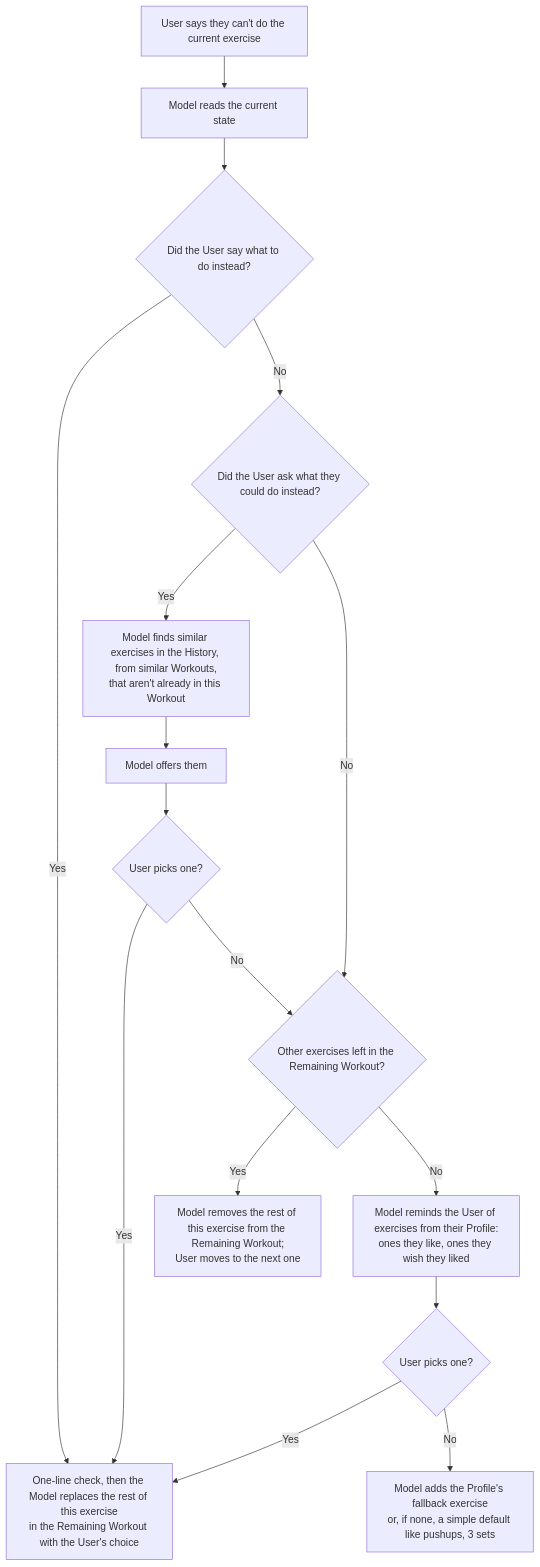
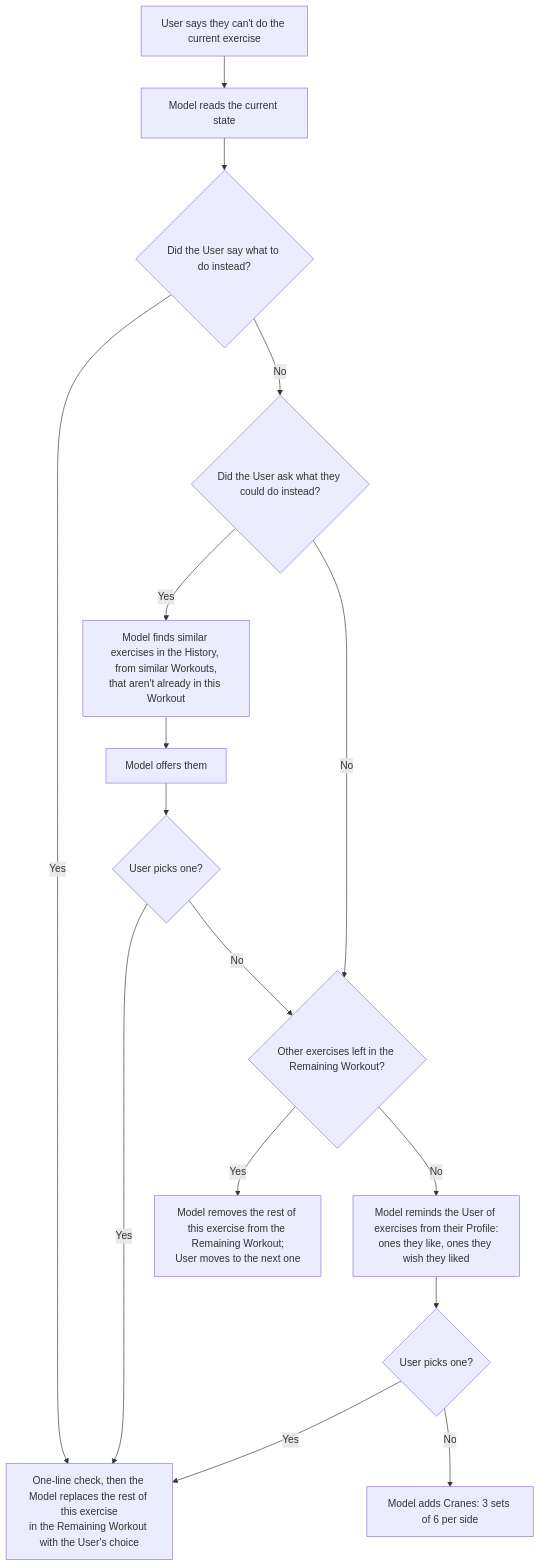
Before and after one commit to CoachThomLamb/wilo_ai: the second of 2 diagrams in wilo/coach.md, drawn with Mermaid.

Commit message:
coach.md: Cranes stay the default fallback for every User (Thom)
Claude-Session: https://claude.ai/code/session_01HYzvGRWcKYM37TxVC11hN8

````diff
--- a/wilo/coach.md
+++ b/wilo/coach.md
@@ -73,17 +73,17 @@
 ```mermaid
 flowchart TD
     A[User says they can't do the current exercise] --> B[Model reads the current state]
     B --> C{Did the User say what to do instead?}
     C -- Yes --> D[One-line check, then the Model replaces the rest of this exercise<br/>in the Remaining Workout with the User's choice]
     C -- No --> E{Did the User ask what they could do instead?}
     E -- Yes --> F[Model finds similar exercises in the History, from similar Workouts,<br/>that aren't already in this Workout]
     F --> G[Model offers them] --> H{User picks one?}
     H -- Yes --> D
     H -- No --> I
     E -- No --> I{Other exercises left in the Remaining Workout?}
     I -- Yes --> J[Model removes the rest of this exercise from the Remaining Workout;<br/>User moves to the next one]
     I -- No --> K[Model reminds the User of exercises from their Profile:<br/>ones they like, ones they wish they liked]
     K --> L{User picks one?}
     L -- Yes --> D
-    L -- No --> M[Model adds the Profile's fallback exercise<br/>or, if none, a simple default like pushups, 3 sets]
+    L -- No --> M[Model adds Cranes: 3 sets of 6 per side]
 ```
````
